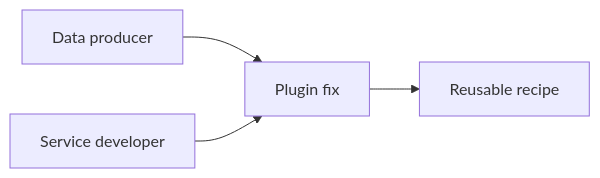
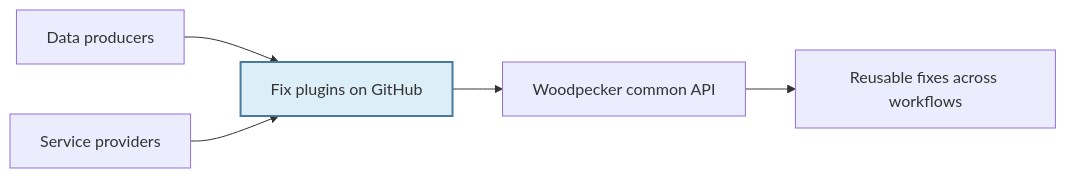
Before and after one commit to roocs/woodpecker: the fifth of 9 diagrams in overview-slides.md, drawn with Mermaid. The commit also changed other lines of this file and 1 other file, not shown here.

Commit message:
update slides

````diff
--- a/overview-slides.md
+++ b/overview-slides.md
@@ -121,6 +121,8 @@
 ```mermaid
 flowchart LR
-    P["Data producer"] --> F["Plugin fix"]
-    D["Service developer"] --> F
-    F --> R["Reusable recipe"]
+    P["Data producers"] --> G["Fix plugins on GitHub"]
+    S["Service providers"] --> G
+    G --> W["Woodpecker common API"]
+    W --> R["Reusable fixes across workflows"]
+    style G fill:#dceef8,stroke:#457b9d,stroke-width:2px
 ```
````
